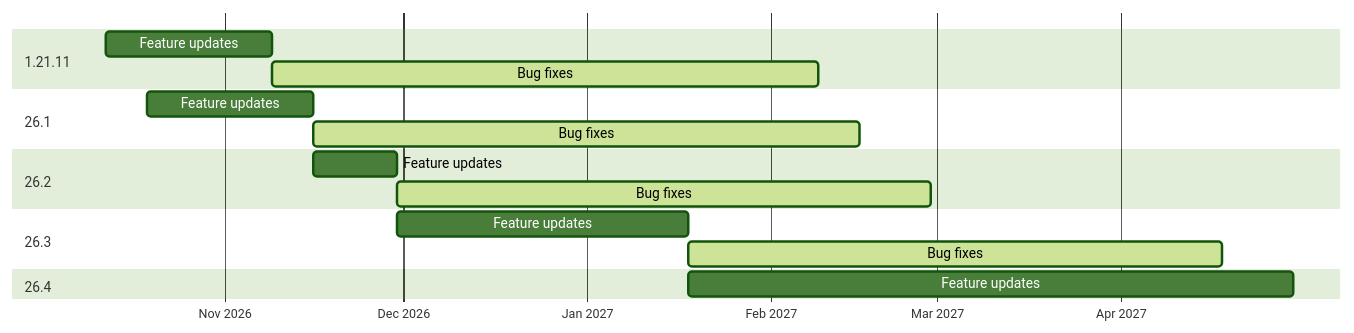
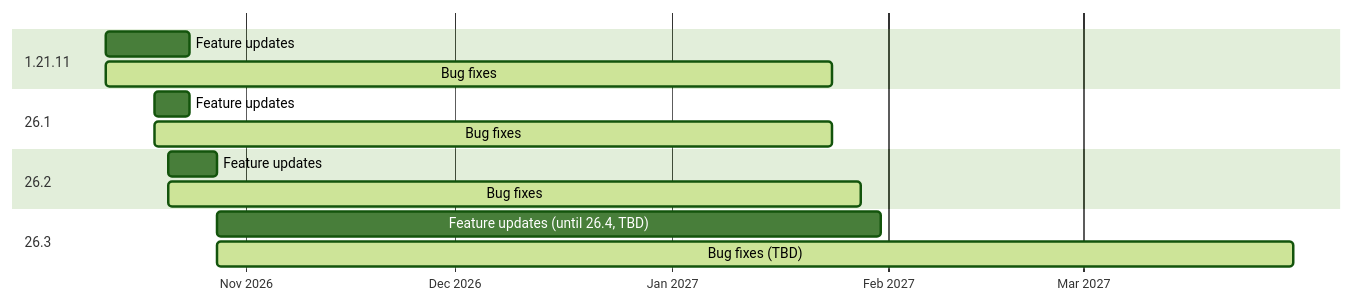
The diagram in README.md (Restfulbee37/copper-golem-optimisation), drawn with Mermaid (forest theme) before and after one commit. The commit also changed other lines of this file, not shown here.

Commit message:
Supported versions: overlapping bars, faster plan, 26.4 TBD
Each version's feature-update and bug-fix periods now start together,
with bug fixes running until about 3 months after features end. The
26.2 port comes next, and 0.6.0 (#7) is the last feature release for
26.1 and 1.21.11. 26.3's end and 26.4 are TBD.

````diff
--- a/README.md
+++ b/README.md
@@ -35,19 +35,17 @@
 ```mermaid
 gantt
     dateFormat YYYY-MM-DD
     axisFormat %b %Y
     section 1.21.11
-        Feature updates : 2026-10-12, 2026-11-09
-        Bug fixes       : active, 2026-11-09, 2027-02-09
+        Feature updates : 2026-10-12, 2026-10-24
+        Bug fixes       : active, 2026-10-12, 2027-01-24
     section 26.1
-        Feature updates : 2026-10-19, 2026-11-16
-        Bug fixes       : active, 2026-11-16, 2027-02-16
+        Feature updates : 2026-10-19, 2026-10-24
+        Bug fixes       : active, 2026-10-19, 2027-01-24
     section 26.2
-        Feature updates : 2026-11-16, 2026-11-30
-        Bug fixes       : active, 2026-11-30, 2027-02-28
+        Feature updates : 2026-10-21, 2026-10-28
+        Bug fixes       : active, 2026-10-21, 2027-01-28
     section 26.3
-        Feature updates : 2026-11-30, 2027-01-18
-        Bug fixes       : active, 2027-01-18, 2027-04-18
-    section 26.4
-        Feature updates : 2027-01-18, 2027-04-30
+        Feature updates (until 26.4, TBD) : 2026-10-28, 2027-01-31
+        Bug fixes (TBD)                   : active, 2026-10-28, 2027-03-31
 ```
````
